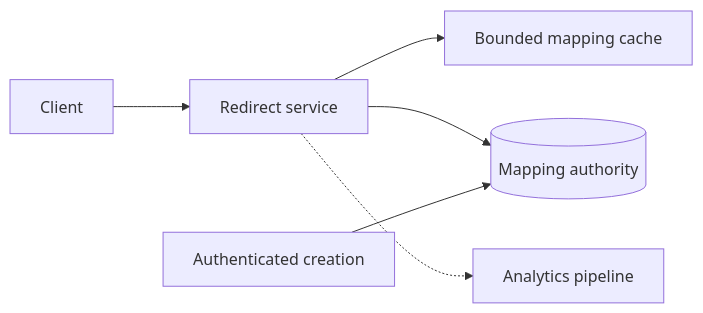
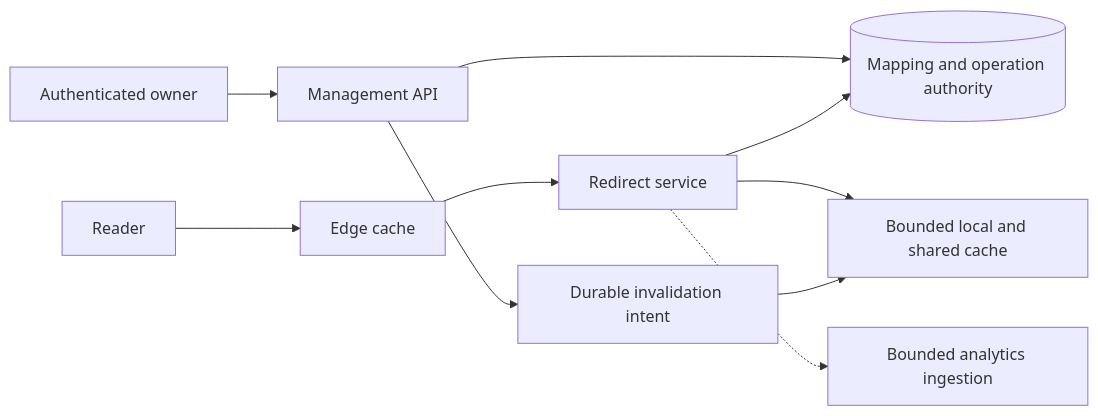
The diagram in docs/topics/system-design/practice-url-shortener.md (nghiango/review-java-knowledge), drawn with Mermaid before and after one commit. The commit also changed other lines of this file and 10 other files, not shown here.

````diff
--- a/docs/topics/system-design/practice-url-shortener.md
+++ b/docs/topics/system-design/practice-url-shortener.md
@@ -58,8 +112,12 @@
-```mermaid
-flowchart LR
-    Client --> Redirect[Redirect service]
-    Redirect --> Cache[Bounded mapping cache]
-    Redirect --> DB[(Mapping authority)]
-    Redirect -.-> Analytics[Analytics pipeline]
-    Manager[Authenticated creation] --> DB
-```
+    ```mermaid
+    flowchart LR
+        Owner[Authenticated owner] --> Write[Management API]
+        Write --> DB[(Mapping and operation authority)]
+        Write --> Changes[Durable invalidation intent]
+        Reader[Reader] --> Edge[Edge cache]
+        Edge --> Resolve[Redirect service]
+        Resolve --> Cache[Bounded local and shared cache]
+        Resolve --> DB
+        Resolve -.-> Clicks[Bounded analytics ingestion]
+        Changes --> Cache
+    ```
````
